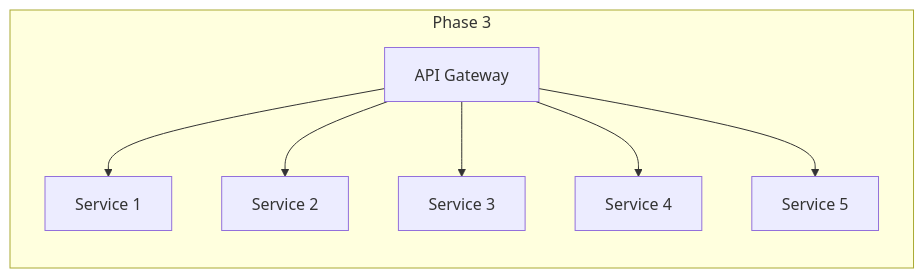
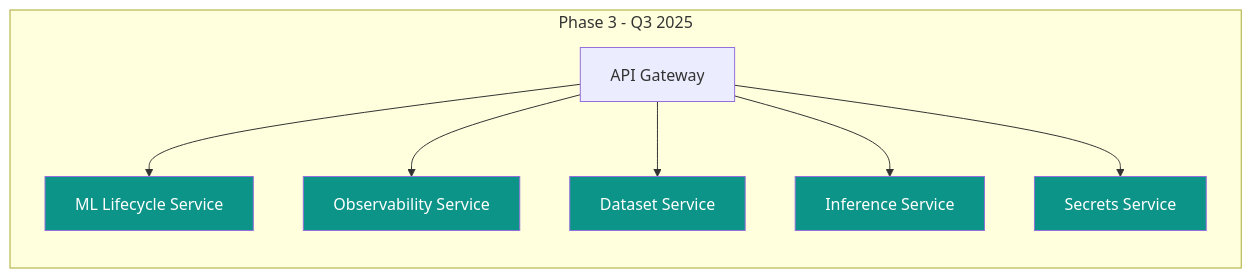
Diagram 12 of 17 in GENESIS_PLATFORM_MICROSERVICES_ARCHITECTURE.md (mlflow/mlflow), drawn with Mermaid before and after one commit. The commit also changed other lines of this file and 1 other file, not shown here.

First line of the commit message:
Simplify microservices architecture and improve diagram visibility

````diff
--- a/GENESIS_PLATFORM_MICROSERVICES_ARCHITECTURE.md
+++ b/GENESIS_PLATFORM_MICROSERVICES_ARCHITECTURE.md
@@ -512,17 +514,23 @@
 ```mermaid
 graph LR
-    subgraph "Phase 3"
+    subgraph "Phase 3 - Q3 2025"
         GW[API Gateway]
-        NS1[Service 1]
-        NS2[Service 2]
-        NS3[Service 3]
-        NS4[Service 4]
-        NS5[Service 5]
+        MLS[ML Lifecycle Service]
+        OBS[Observability Service]
+        DS[Dataset Service]
+        IS[Inference Service]
+        SS[Secrets Service]
         
-        GW --> NS1
-        GW --> NS2
-        GW --> NS3
-        GW --> NS4
-        GW --> NS5
+        GW --> MLS
+        GW --> OBS
+        GW --> DS
+        GW --> IS
+        GW --> SS
     end
+    
+    style MLS fill:#0d9488,color:#fff
+    style OBS fill:#0d9488,color:#fff
+    style DS fill:#0d9488,color:#fff
+    style IS fill:#0d9488,color:#fff
+    style SS fill:#0d9488,color:#fff
 ```
````
